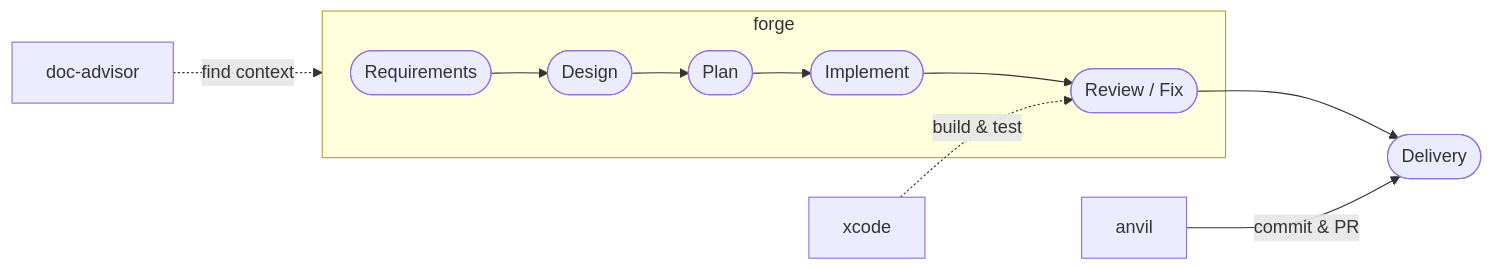
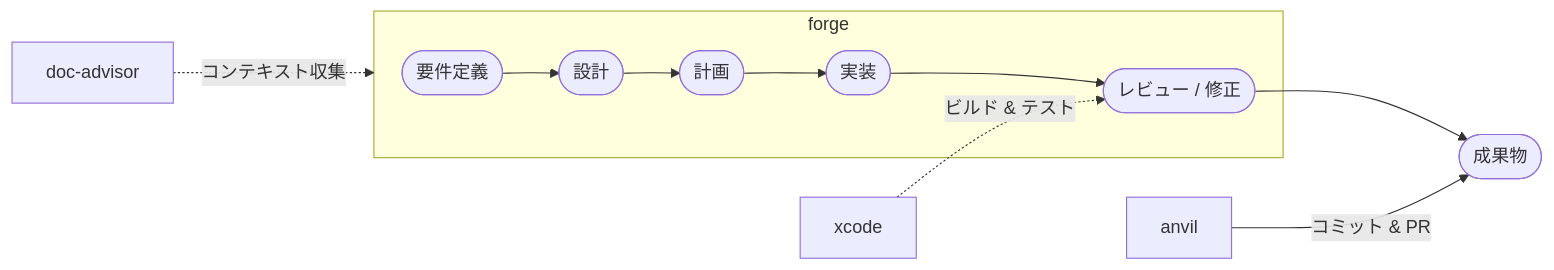
The first of 2 diagrams in README.md (BlueEventHorizon/bw-cc-plugins), drawn with Mermaid before and after one commit. The commit also changed other lines of this file and 7 other files, not shown here.

````diff
--- a/README.md
+++ b/README.md
@@ -24,10 +24,10 @@
 ```mermaid
 flowchart LR
     subgraph forge
-        R([Requirements]) --> D([Design]) --> P([Plan]) --> I([Implement]) --> RF([Review / Fix])
+        R([要件定義]) --> D([設計]) --> P([計画]) --> I([実装]) --> RF([レビュー / 修正])
     end
-    RF --> DL([Delivery])
-    DA[doc-advisor] -. find context .-> forge
-    AV[anvil] -- commit & PR --> DL
-    XC[xcode] -. build & test .-> RF
+    RF --> DL([成果物])
+    DA[doc-advisor] -. コンテキスト収集 .-> forge
+    AV[anvil] -- コミット & PR --> DL
+    XC[xcode] -. ビルド & テスト .-> RF
 ```
````
